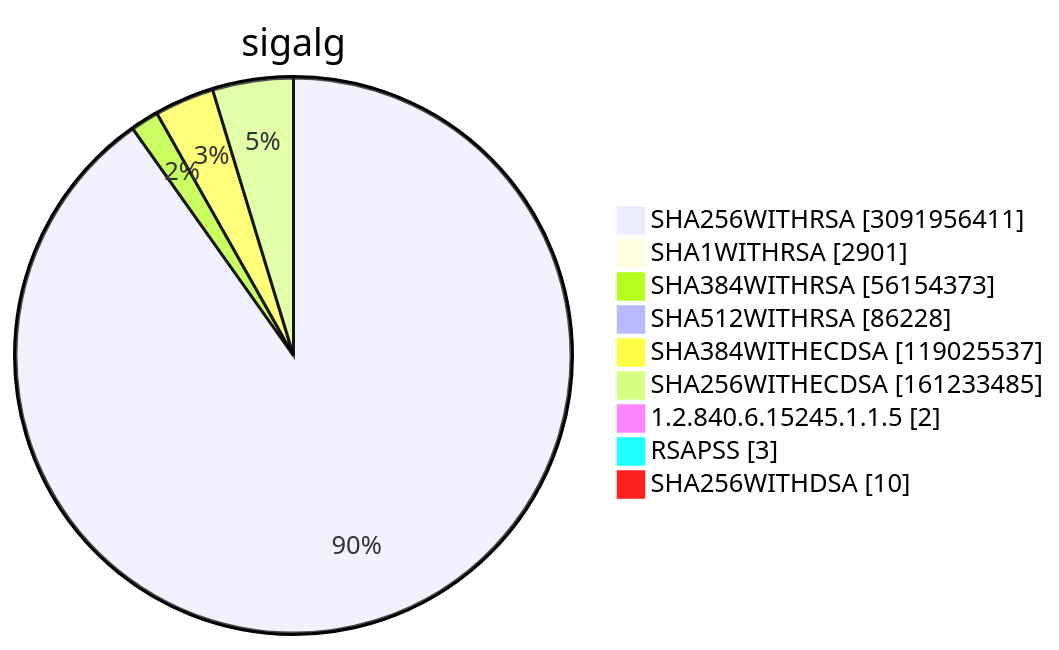
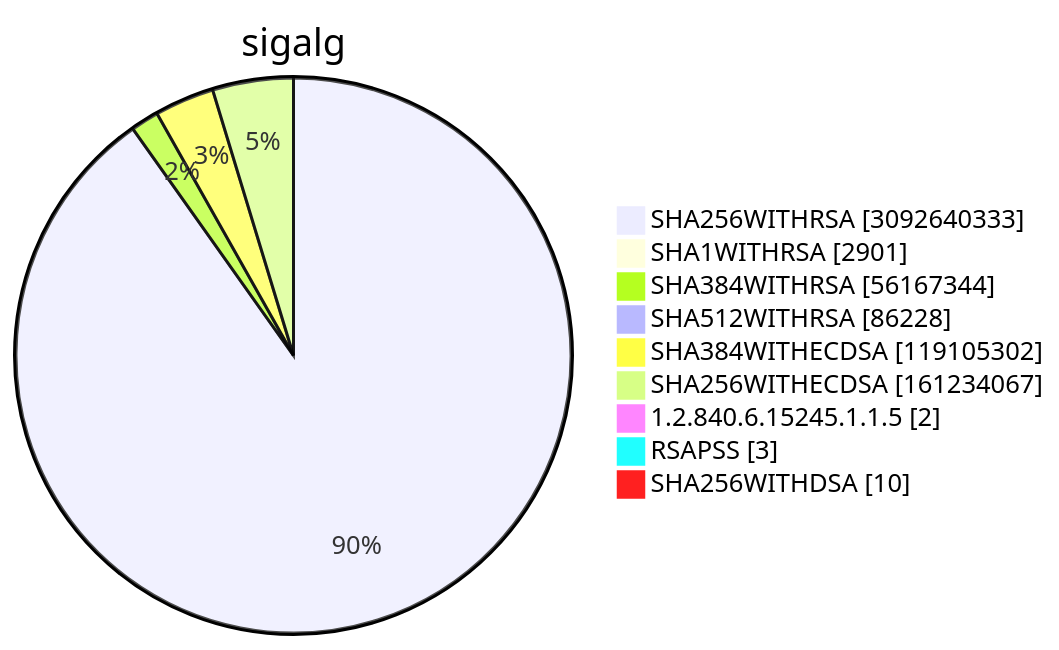
Before and after one commit to christiankrug/ctmonitor_visualization: diagram 15 of 15 in TOTAL/README.md, drawn with Mermaid. The commit also changed other lines of this file, not shown here.

````diff
--- a/TOTAL/README.md
+++ b/TOTAL/README.md
@@ -6211,13 +6211,13 @@
 ```mermaid
 pie showData
 title sigalg
-"SHA256WITHRSA" :3091956411
+"SHA256WITHRSA" :3092640333
 "SHA1WITHRSA" :2901
-"SHA384WITHRSA" :56154373
+"SHA384WITHRSA" :56167344
 "SHA512WITHRSA" :86228
-"SHA384WITHECDSA" :119025537
-"SHA256WITHECDSA" :161233485
+"SHA384WITHECDSA" :119105302
+"SHA256WITHECDSA" :161234067
 "1.2.840.6.15245.1.1.5" :2
 "RSAPSS" :3
 "SHA256WITHDSA" :10
 ```
````
